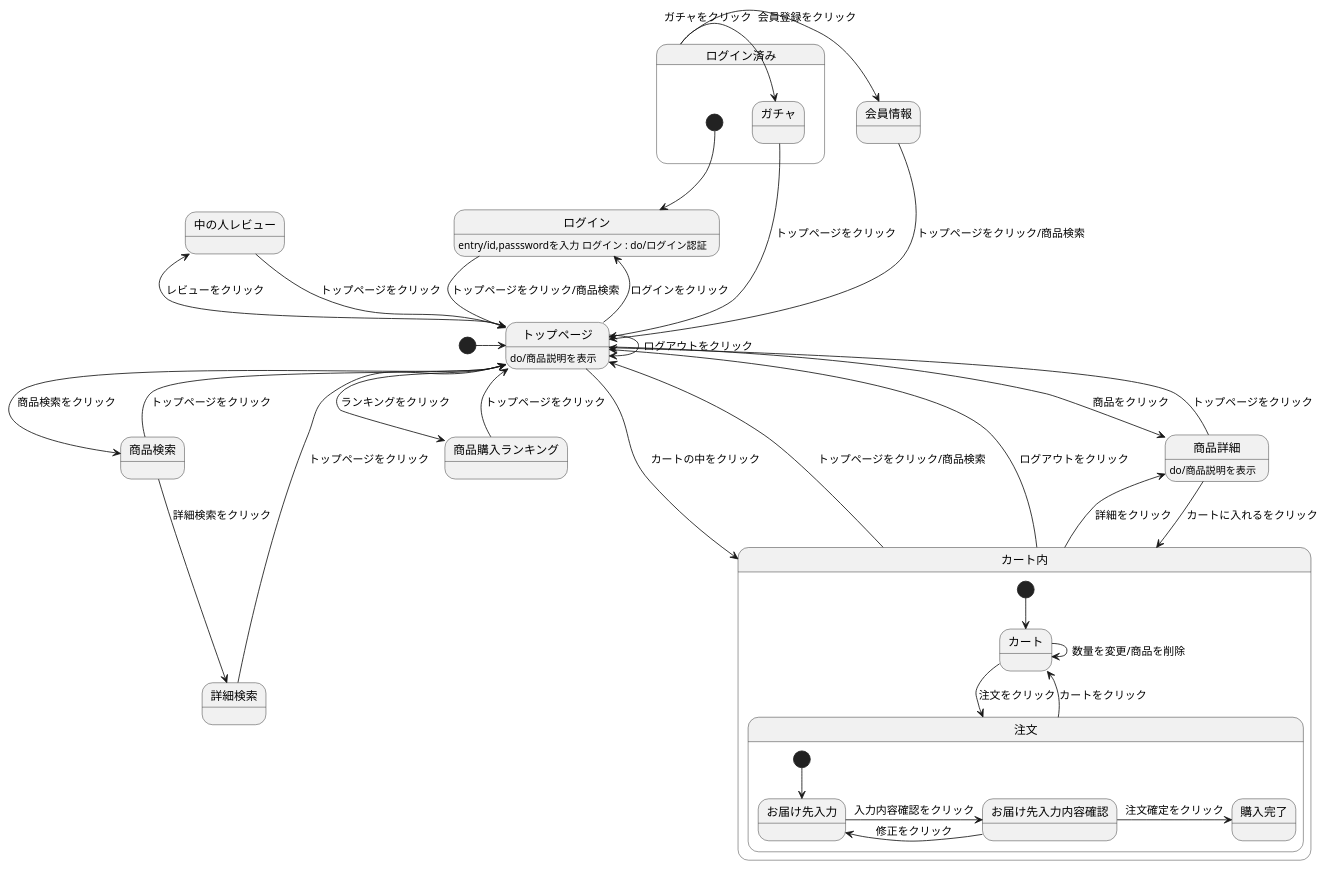
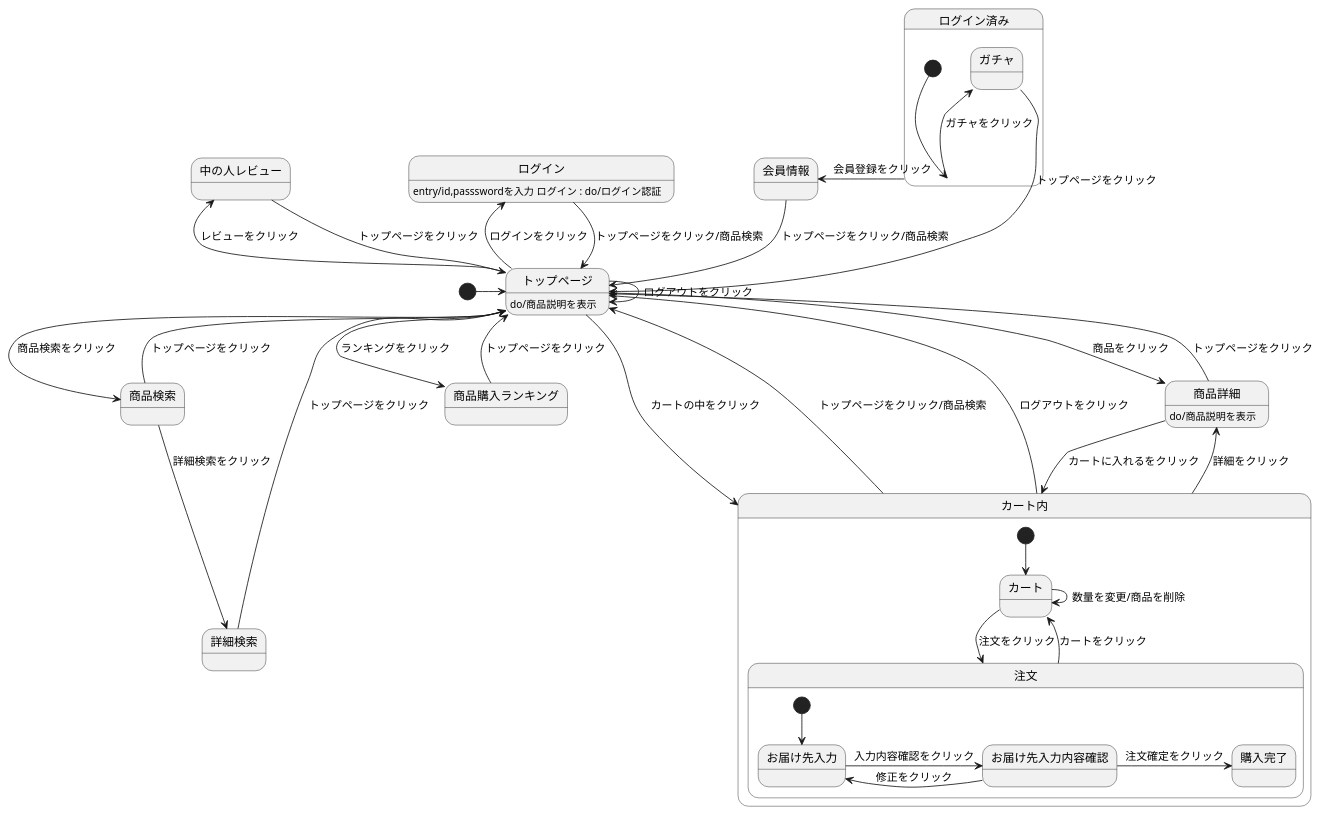
Before and after one commit to Aso2001220/2021sys-design: the diagram in 4_01.md, drawn with PlantUML.

````diff
--- a/4_01.md
+++ b/4_01.md
@@ -1,46 +1,46 @@
 ```uml
 @startuml
 
 [*] -> トップページ
 会員情報 --> トップページ : トップページをクリック/商品検索
 ログイン --> トップページ : トップページをクリック/商品検索
 ログイン : entry/id,passswordを入力 ログイン : do/ログイン認証
 state ログイン済み{
-[*] --> ログイン
+[*] --> ログイン済み
 ログイン済み -> 会員情報 : 会員登録をクリック
 ログイン済み -> ガチャ : ガチャをクリック
 ガチャ --> トップページ : トップページをクリック
 }
 トップページ --> トップページ : ログアウトをクリック
 トップページ -> 商品検索 : 商品検索をクリック
 トップページ -> 商品詳細 : 商品をクリック
 トップページ -left-> ログイン : ログインをクリック
 トップページ -left-> 中の人レビュー : レビューをクリック
 トップページ -> 商品購入ランキング : ランキングをクリック
 トップページ --> カート内 : カートの中をクリック
 トップページ : do/商品説明を表示
 商品詳細 --> カート内 : カートに入れるをクリック
 商品詳細 --> トップページ : トップページをクリック
 商品詳細 : do/商品説明を表示
 カート内 -up-> トップページ : トップページをクリック/商品検索
 カート内 -up-> トップページ : ログアウトをクリック
 カート内 -> 商品詳細 : 詳細をクリック
 中の人レビュー --> トップページ : トップページをクリック
 商品検索 --> 詳細検索 : 詳細検索をクリック
 商品検索 --> トップページ : トップページをクリック
 詳細検索 --> トップページ : トップページをクリック
 商品購入ランキング --> トップページ : トップページをクリック
 state カート内{
 [*] --> カート 
 カート -> 注文 : 注文をクリック
 カート -> カート : 数量を変更/商品を削除
 注文 --> カート : カートをクリック
 state 注文{ 
 [*] --> お届け先入力
 お届け先入力 -> お届け先入力内容確認 : 入力内容確認をクリック
 お届け先入力内容確認 -> お届け先入力 : 修正をクリック
 お届け先入力内容確認 -> 購入完了 : 注文確定をクリック
 } 
 }
 @enduml
 ```
````
